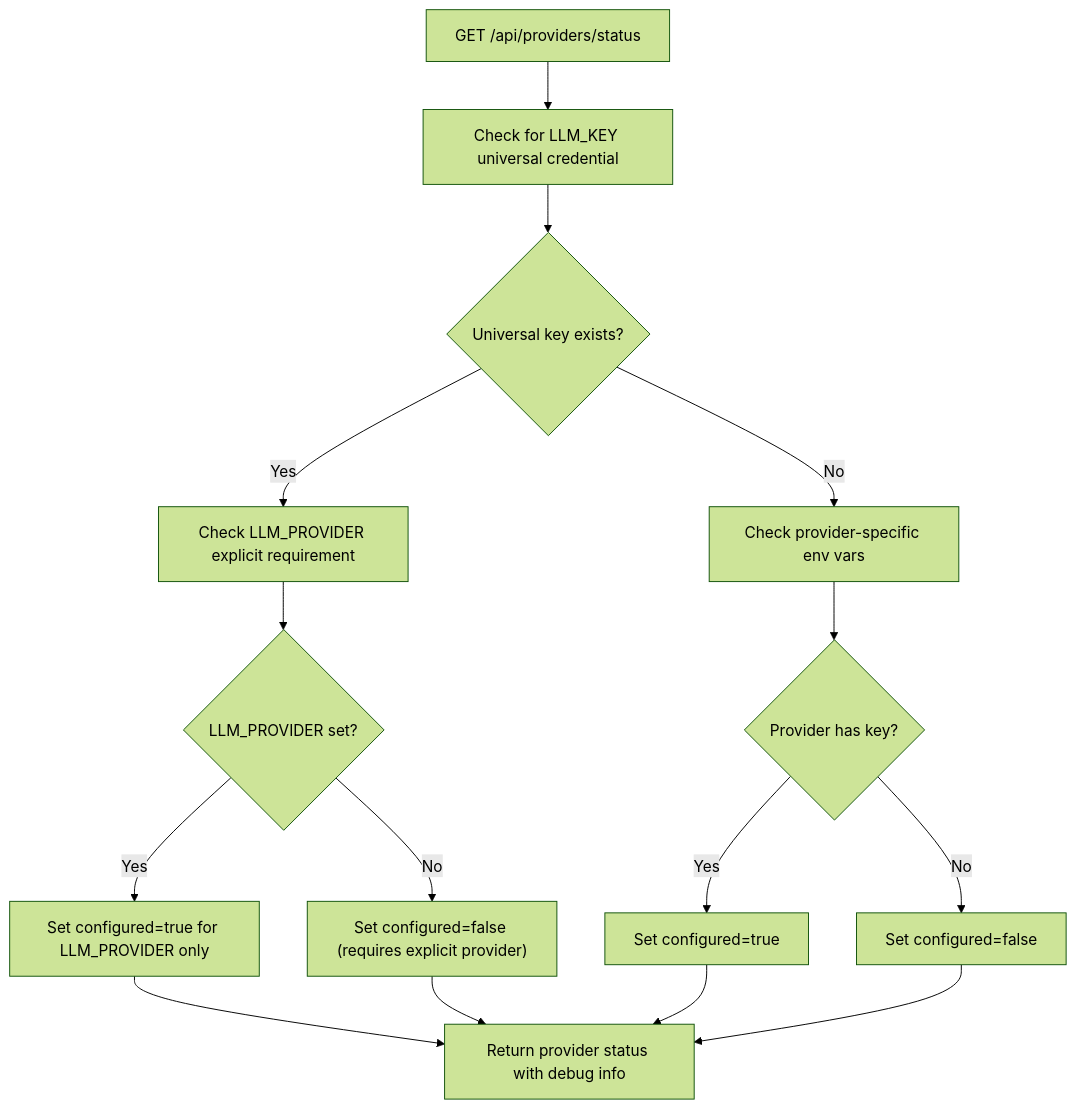
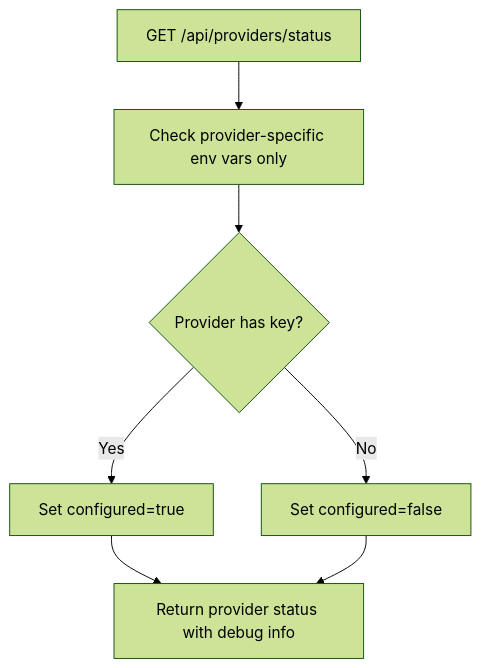
The fourth of 11 diagrams in .qoder/repowiki/en/content/AI Generation Engine/AI Provider Adapters/Configuration & Authentication Management.md (shekhargiri005-dotcom/AI-powered-accessibility-first-UI-engine), drawn with Mermaid (forest theme) before and after one commit. The commit also changed other lines of this file and 71 other files, not shown here.

````diff
--- a/.qoder/repowiki/en/content/AI Generation Engine/AI Provider Adapters/Configuration & Authentication Management.md
+++ b/.qoder/repowiki/en/content/AI Generation Engine/AI Provider Adapters/Configuration & Authentication Management.md
@@ -186,17 +182,9 @@
 ```mermaid
 flowchart TD
-A["GET /api/providers/status"] --> B["Check for LLM_KEY universal credential"]
-B --> C{"Universal key exists?"}
-C --> |Yes| D["Check LLM_PROVIDER explicit requirement"]
-C --> |No| E["Check provider-specific env vars"]
-D --> F{"LLM_PROVIDER set?"}
-F --> |Yes| G["Set configured=true for LLM_PROVIDER only"]
-F --> |No| H["Set configured=false (requires explicit provider)"]
-E --> I{"Provider has key?"}
-I --> |Yes| J["Set configured=true"]
-I --> |No| K["Set configured=false"]
-G --> L["Return provider status with debug info"]
-J --> L
-K --> L
-H --> L
+A["GET /api/providers/status"] --> B["Check provider-specific env vars only"]
+B --> C{"Provider has key?"}
+C --> |Yes| D["Set configured=true"]
+C --> |No| E["Set configured=false"]
+D --> F["Return provider status with debug info"]
+E --> F
 ```
````
